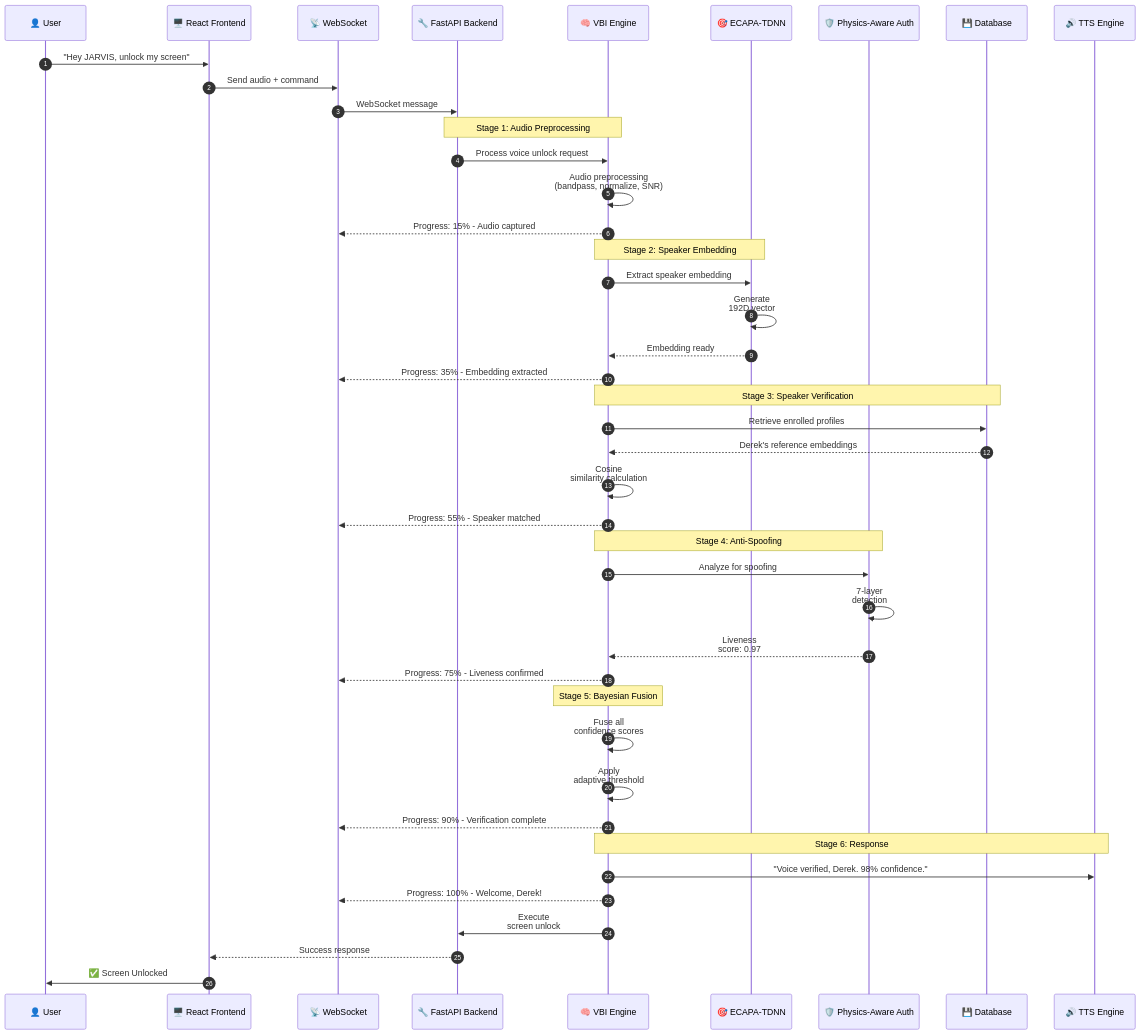
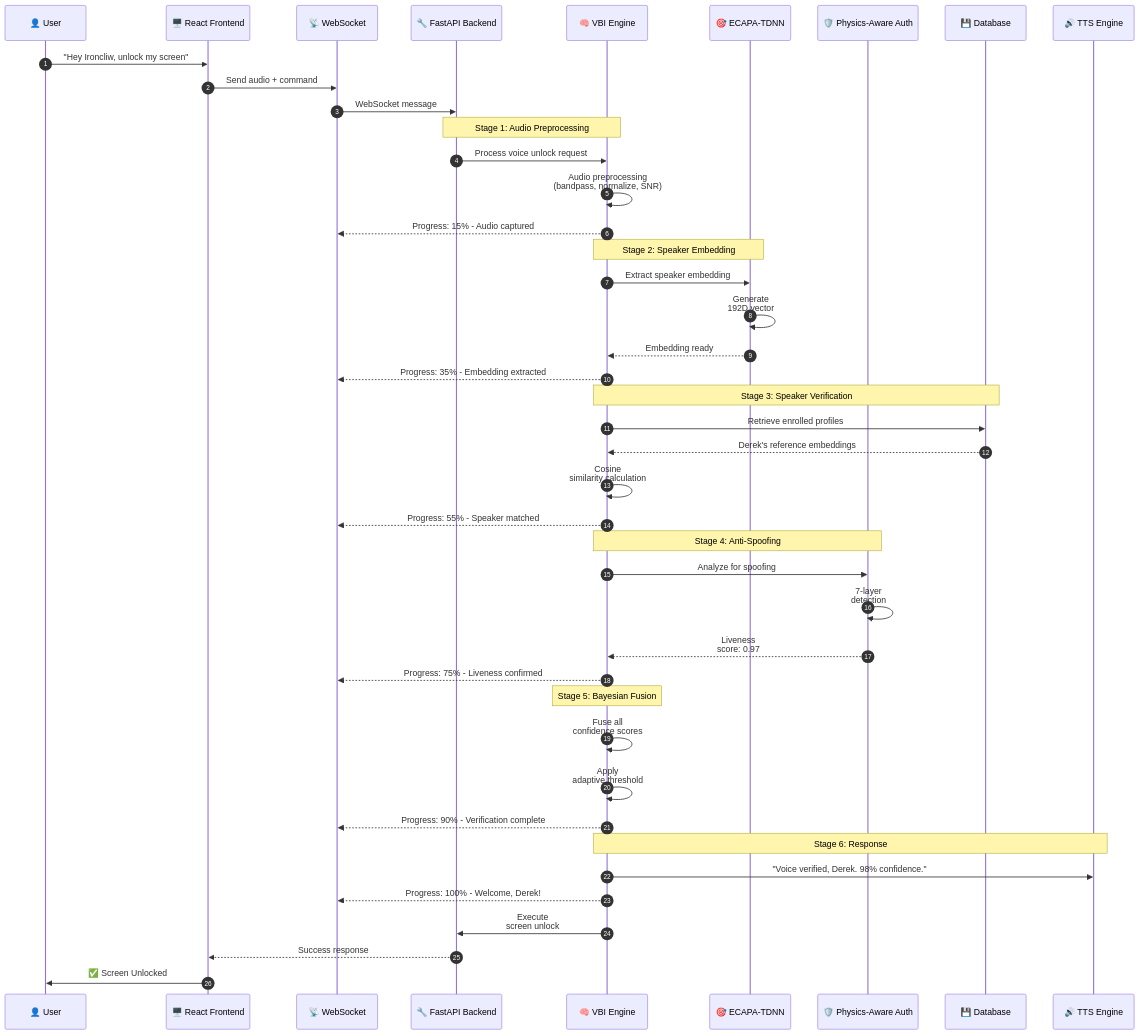
One commit to nandkishorrathodk-art/Ironcliw-ai changed the second of 16 diagrams in VOICE_BIOMETRIC_INTELLIGENCE_ARCHITECTURE.md. Above: the diagram before and after it, drawn with Mermaid. The commit also changed other lines of this file and 2439 other files, not shown here.

````diff
--- a/VOICE_BIOMETRIC_INTELLIGENCE_ARCHITECTURE.md
+++ b/VOICE_BIOMETRIC_INTELLIGENCE_ARCHITECTURE.md
@@ -139,53 +139,53 @@
 ```mermaid
 sequenceDiagram
     autonumber
     participant User as 👤 User
     participant Frontend as 🖥️ React Frontend
     participant WS as 📡 WebSocket
     participant API as 🔧 FastAPI Backend
     participant VBI as 🧠 VBI Engine
     participant ECAPA as 🎯 ECAPA-TDNN
     participant PAVA as 🛡️ Physics-Aware Auth
     participant DB as 💾 Database
     participant TTS as 🔊 TTS Engine
 
-    User->>Frontend: "Hey JARVIS, unlock my screen"
+    User->>Frontend: "Hey Ironcliw, unlock my screen"
     Frontend->>WS: Send audio + command
     WS->>API: WebSocket message
 
     Note over API,VBI: Stage 1: Audio Preprocessing
     API->>VBI: Process voice unlock request
     VBI->>VBI: Audio preprocessing<br/>(bandpass, normalize, SNR)
     VBI-->>WS: Progress: 15% - Audio captured
 
     Note over VBI,ECAPA: Stage 2: Speaker Embedding
     VBI->>ECAPA: Extract speaker embedding
     ECAPA->>ECAPA: Generate<br/>192D vector
     ECAPA-->>VBI: Embedding ready
     VBI-->>WS: Progress: 35% - Embedding extracted
 
     Note over VBI,DB: Stage 3: Speaker Verification
     VBI->>DB: Retrieve enrolled profiles
     DB-->>VBI: Derek's reference embeddings
     VBI->>VBI: Cosine<br/>similarity calculation
     VBI-->>WS: Progress: 55% - Speaker matched
 
     Note over VBI,PAVA: Stage 4: Anti-Spoofing
     VBI->>PAVA: Analyze for spoofing
     PAVA->>PAVA: 7-layer<br/>detection
     PAVA-->>VBI: Liveness<br/>score: 0.97
     VBI-->>WS: Progress: 75% - Liveness confirmed
 
     Note over VBI: Stage 5: Bayesian Fusion
     VBI->>VBI: Fuse all<br/> confidence scores
     VBI->>VBI: Apply<br/>adaptive threshold
     VBI-->>WS: Progress: 90% - Verification complete
 
     Note over VBI,TTS: Stage 6: Response
     VBI->>TTS: "Voice verified, Derek. 98% confidence."
     VBI-->>WS: Progress: 100% - Welcome, Derek!
     VBI->>API: Execute<br/>screen unlock
 
     API-->>Frontend: Success response
     Frontend->>User: ✅ Screen Unlocked
 ```
````
